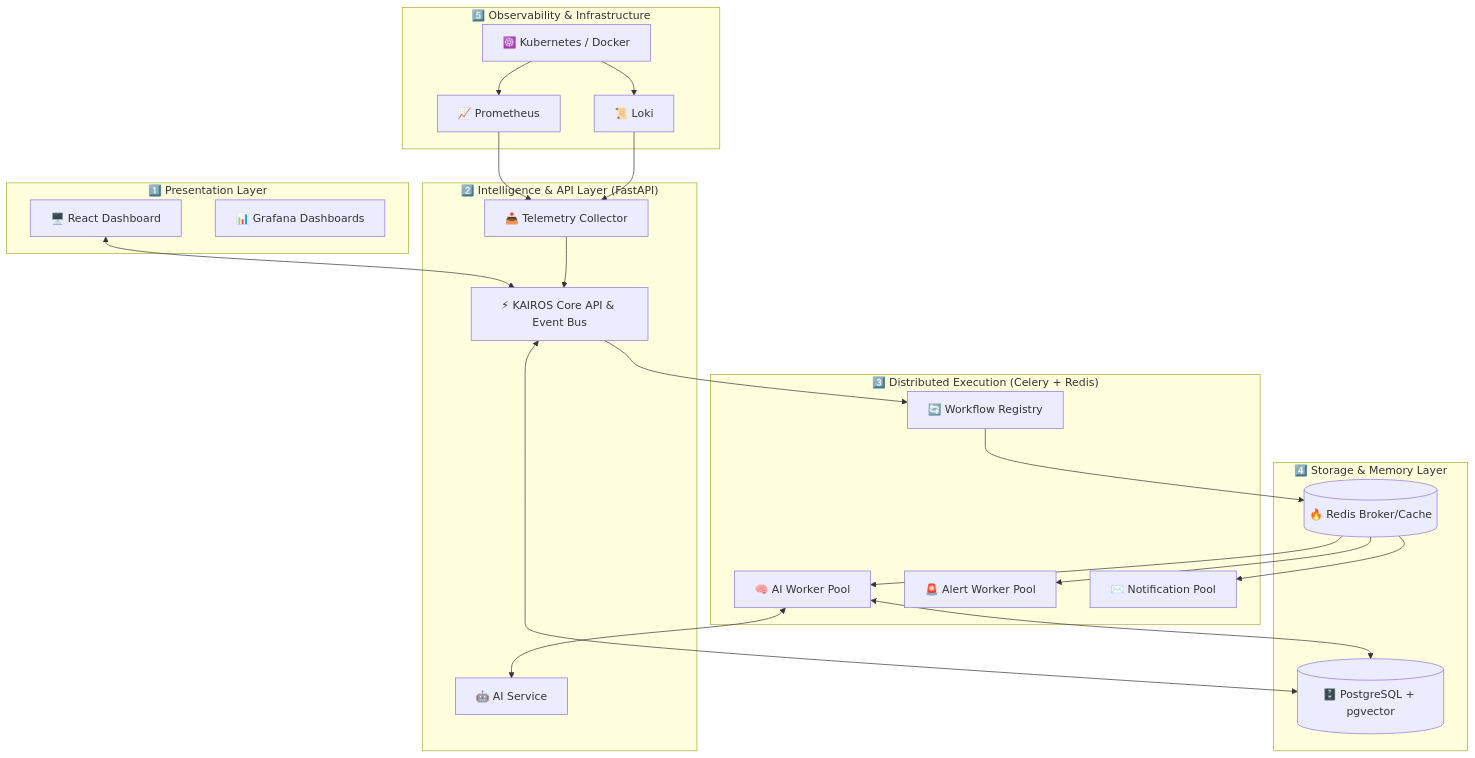
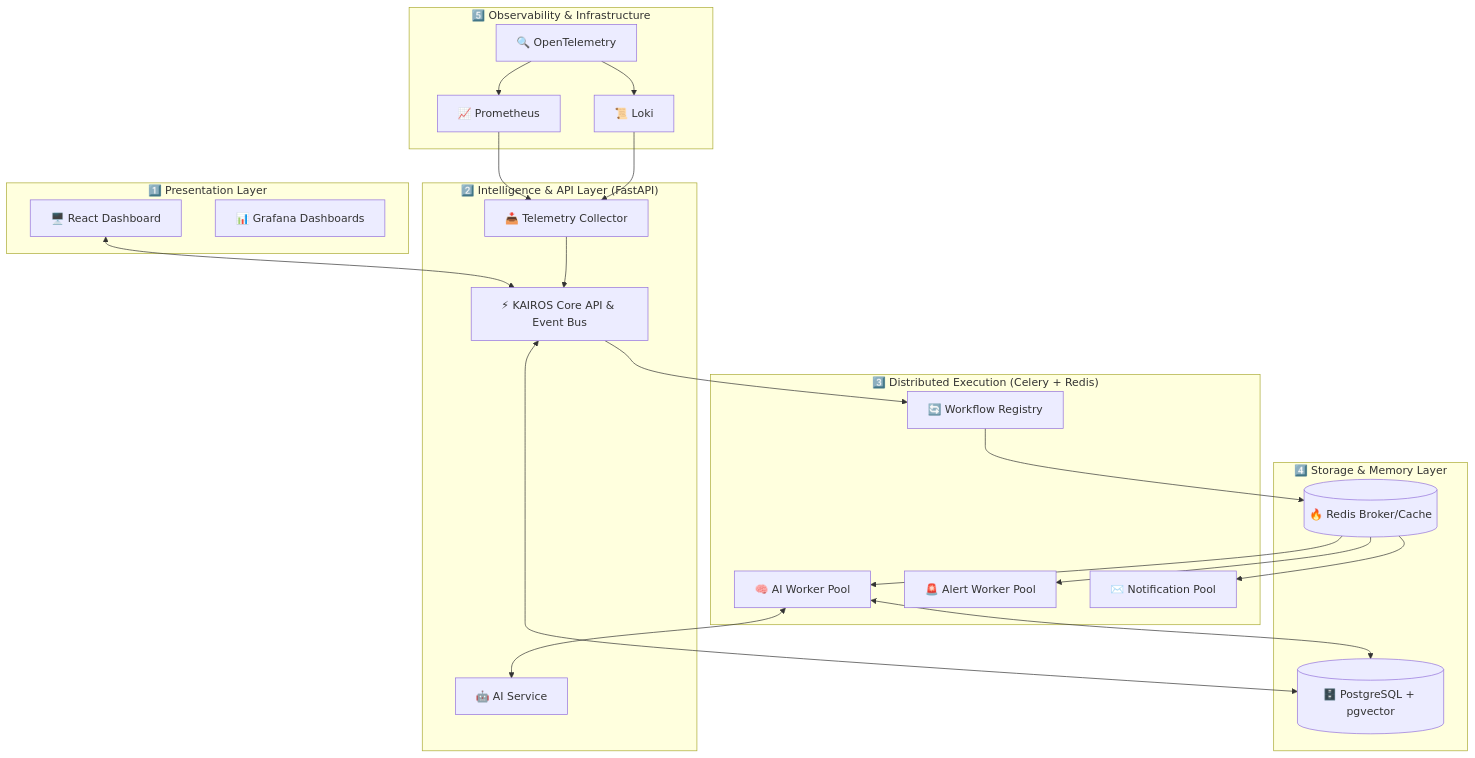
The second of 2 diagrams in README.md (bhargavatejagolla/Kairos), drawn with Mermaid before and after one commit. The commit also changed other lines of this file and 2 other files, not shown here.

````diff
--- a/README.md
+++ b/README.md
@@ -130,49 +137,49 @@
 ```mermaid
 graph TB
     subgraph "1️⃣ Presentation Layer"
         UI[🖥️ React Dashboard]
         GRAF[📊 Grafana Dashboards]
     end
 
     subgraph "2️⃣ Intelligence & API Layer (FastAPI)"
         API[⚡ KAIROS Core API & Event Bus]
         COLL[📥 Telemetry Collector]
         AI[🤖 AI Service]
     end
 
     subgraph "3️⃣ Distributed Execution (Celery + Redis)"
         WK_AI[🧠 AI Worker Pool]
         WK_AL[🚨 Alert Worker Pool]
         WK_NT[✉️ Notification Pool]
         REG[🔄 Workflow Registry]
     end
 
     subgraph "4️⃣ Storage & Memory Layer"
         PG[(🗄️ PostgreSQL + pgvector)]
         RED[(🔥 Redis Broker/Cache)]
     end
 
     subgraph "5️⃣ Observability & Infrastructure"
         PROM[📈 Prometheus]
         LOKI[📜 Loki]
-        K8S[☸️ Kubernetes / Docker]
+        OTEL[🔍 OpenTelemetry]
     end
 
     %% Flow Connections
     UI <--> API
     API --> REG
     REG --> RED
     RED --> WK_AI
     RED --> WK_AL
     RED --> WK_NT
     
     WK_AI <--> AI
     WK_AI <--> PG
     API <--> PG
     
-    K8S --> PROM
-    K8S --> LOKI
+    OTEL --> PROM
+    OTEL --> LOKI
     PROM --> COLL
     LOKI --> COLL
     COLL --> API
 ```
````
